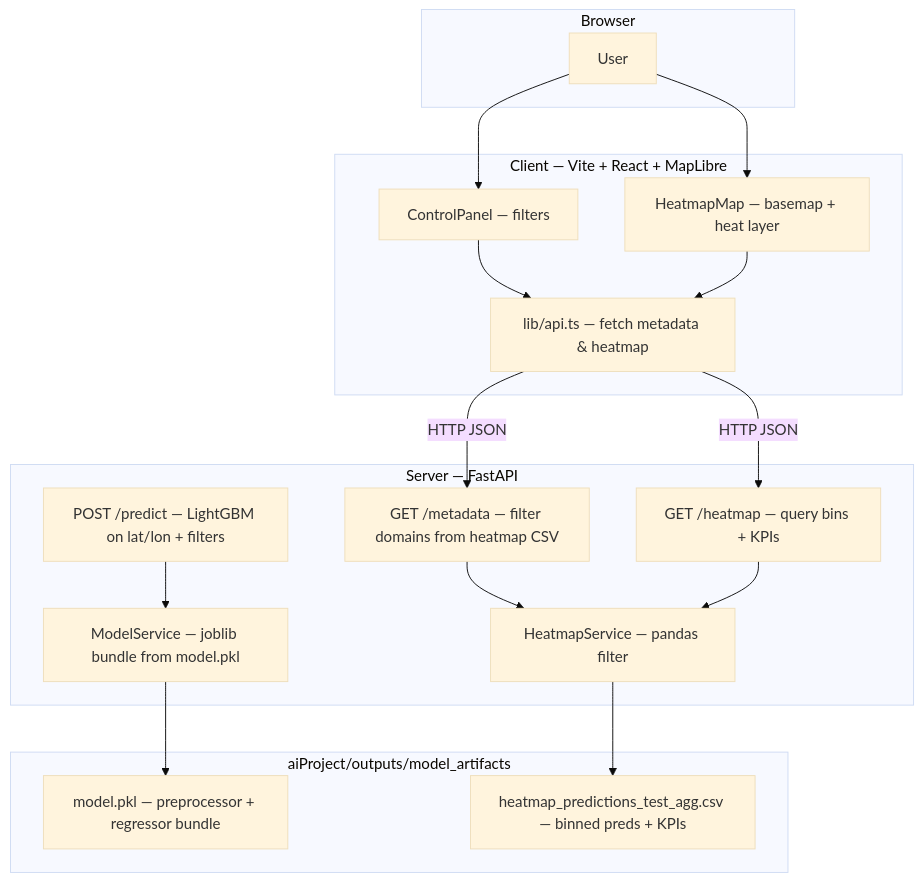
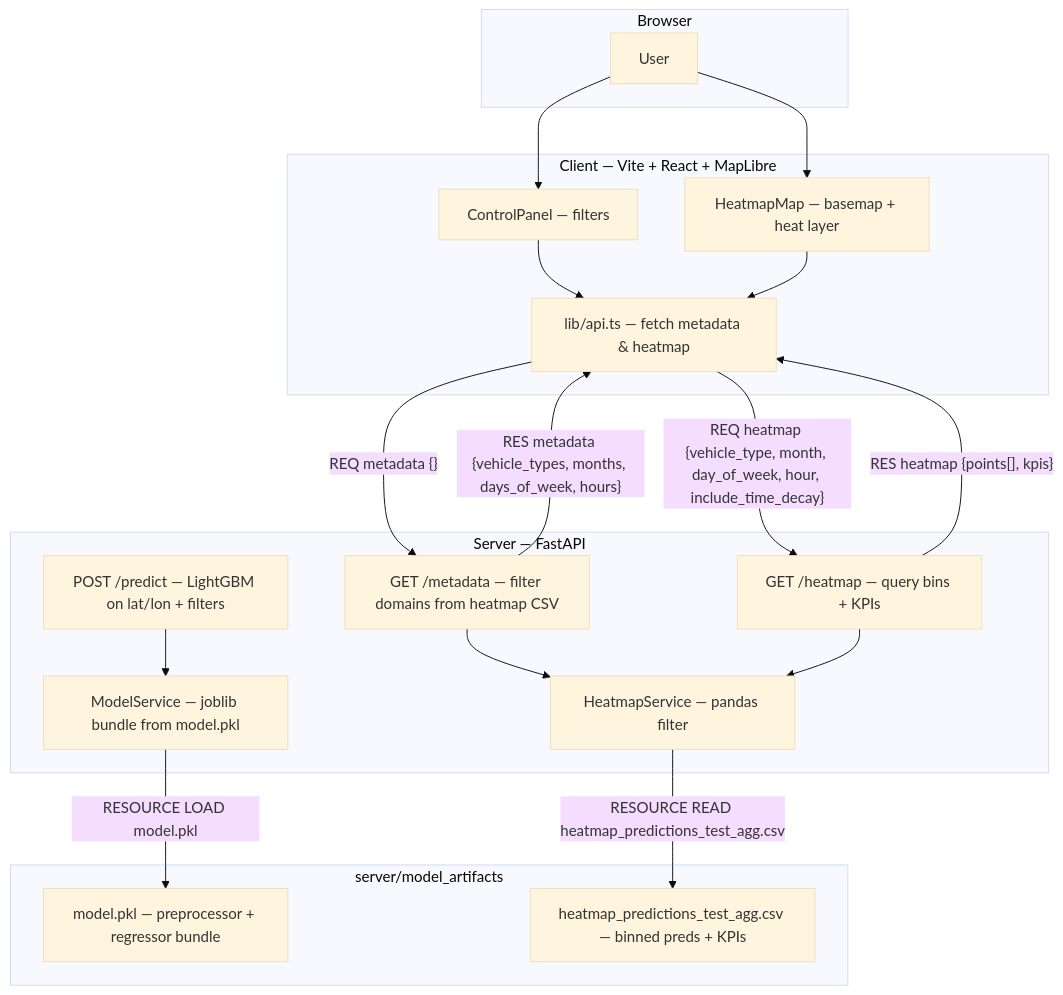
The first of 3 diagrams in README.md (rosadigital/centennialCollege_AICapstoneProject), drawn with Mermaid (base theme) before and after one commit. The commit also changed other lines of this file and 4 other files, not shown here.

First line of the commit message:
docs: update MCP-style diagrams and move artifact paths to server

````diff
--- a/README.md
+++ b/README.md
@@ -21,37 +21,39 @@
 ```mermaid
 flowchart TB
     subgraph Browser
         U[User]
     end
 
     subgraph Client["Client — Vite + React + MapLibre"]
         CP[ControlPanel — filters]
         HM[HeatmapMap — basemap + heat layer]
         APIc[lib/api.ts — fetch metadata & heatmap]
         CP --> APIc
         HM --> APIc
     end
 
     subgraph Server["Server — FastAPI"]
         R1["GET /metadata — filter domains from heatmap CSV"]
         R2["GET /heatmap — query bins + KPIs"]
         R3["POST /predict — LightGBM on lat/lon + filters"]
         HS[HeatmapService — pandas filter]
         MS[ModelService — joblib bundle from model.pkl]
         R1 --> HS
         R2 --> HS
         R3 --> MS
     end
 
-    subgraph Artifacts["aiProject/outputs/model_artifacts"]
+    subgraph Artifacts["server/model_artifacts"]
         PKL["model.pkl — preprocessor + regressor bundle"]
         CSV["heatmap_predictions_test_agg.csv — binned preds + KPIs"]
     end
 
     U --> CP
     U --> HM
-    APIc -->|"HTTP JSON"| R1
-    APIc -->|"HTTP JSON"| R2
-    HS --> CSV
-    MS --> PKL
+    APIc -->|"REQ metadata {}"| R1
+    R1 -->|"RES metadata {vehicle_types, months, days_of_week, hours}"| APIc
+    APIc -->|"REQ heatmap {vehicle_type, month, day_of_week, hour, include_time_decay}"| R2
+    R2 -->|"RES heatmap {points[], kpis}"| APIc
+    HS -->|"RESOURCE READ heatmap_predictions_test_agg.csv"| CSV
+    MS -->|"RESOURCE LOAD model.pkl"| PKL
 ```
````
